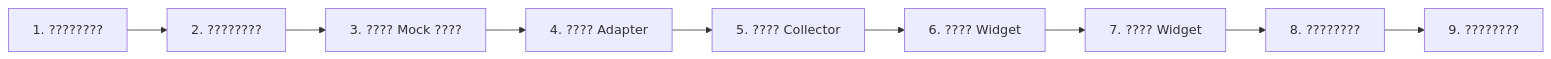
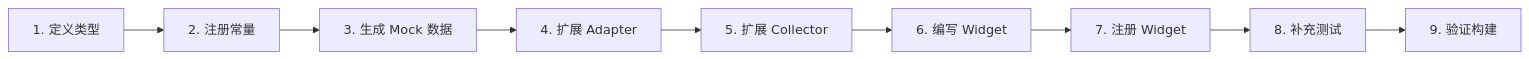
Before and after one commit to DHENGHONGYU/-: the third of 4 diagrams in docs/explanation/ARCHITECTURE.md, drawn with Mermaid. The commit also changed other lines of this file and 849 other files, not shown here.

````diff
--- a/docs/explanation/ARCHITECTURE.md
+++ b/docs/explanation/ARCHITECTURE.md
@@ -232,11 +232,11 @@
 ```mermaid
 flowchart LR
-    A["1. ????????"] --> B["2. ????????"]
-    B --> C["3. ???? Mock ????"]
-    C --> D["4. ???? Adapter"]
-    D --> E["5. ???? Collector"]
-    E --> F["6. ???? Widget"]
-    F --> G["7. ???? Widget"]
-    G --> H["8. ????????"]
-    H --> I["9. ????????"]
+    A["1. 定义类型"] --> B["2. 注册常量"]
+    B --> C["3. 生成 Mock 数据"]
+    C --> D["4. 扩展 Adapter"]
+    D --> E["5. 扩展 Collector"]
+    E --> F["6. 编写 Widget"]
+    F --> G["7. 注册 Widget"]
+    G --> H["8. 补充测试"]
+    H --> I["9. 验证构建"]
 ```
````
